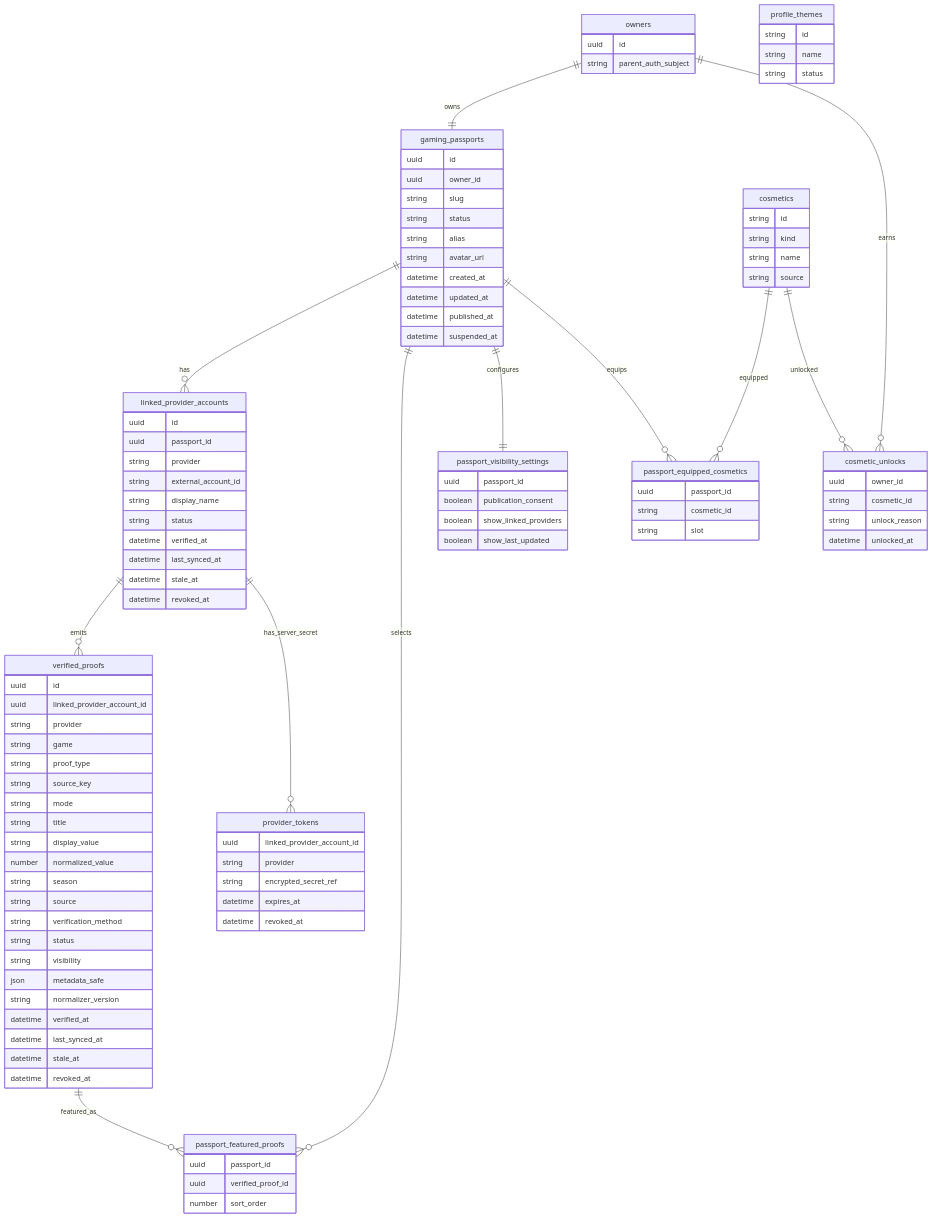
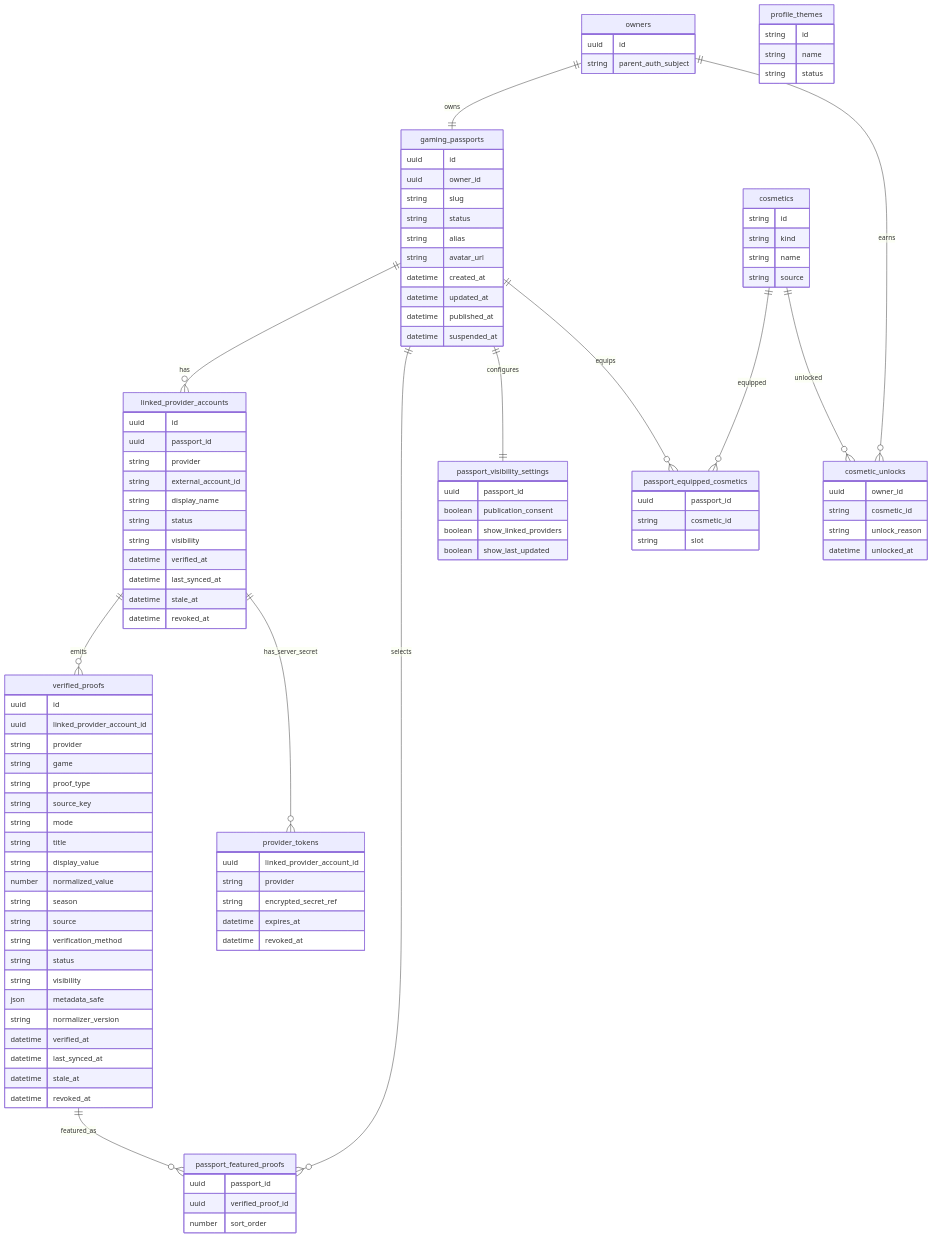
One commit to manzur316/TryhardNames changed the diagram in docs/product/GAMING_PASSPORT_DATA_MODEL.md. Above: the diagram before and after it, drawn with Mermaid. The commit also changed other lines of this file and 7 other files, not shown here.

```diff
--- a/docs/product/GAMING_PASSPORT_DATA_MODEL.md
+++ b/docs/product/GAMING_PASSPORT_DATA_MODEL.md
@@ -56,6 +58,7 @@
     string external_account_id
     string display_name
     string status
+    string visibility
     datetime verified_at
     datetime last_synced_at
     datetime stale_at
```
